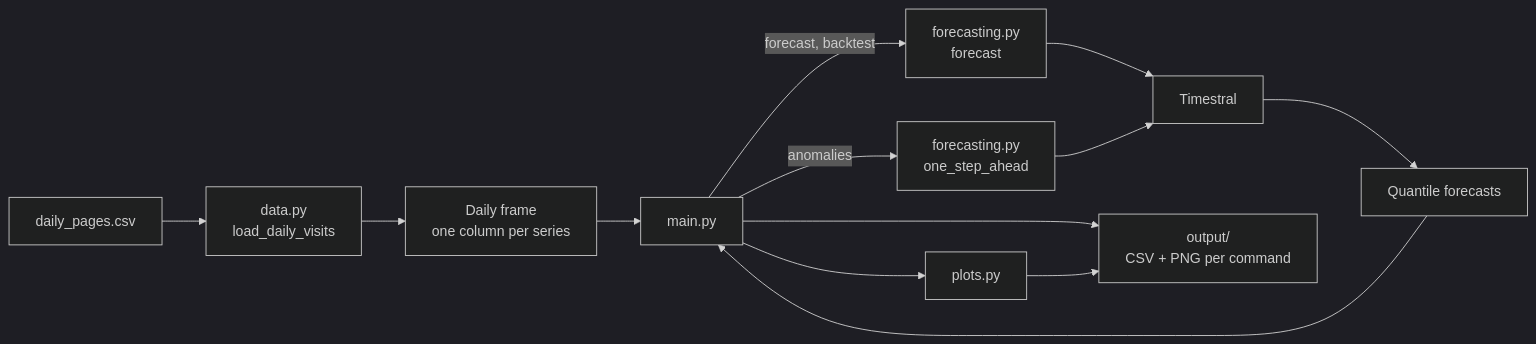
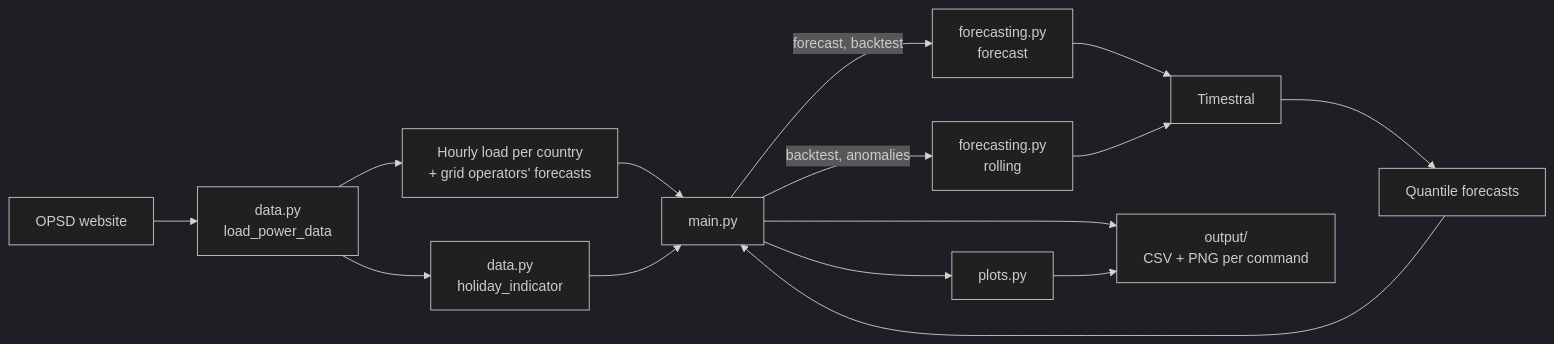
The first of 5 diagrams in README.md (mourjo/zero-shot-forecasting), drawn with Mermaid (dark theme) before and after one commit. The commit also changed other lines of this file, not shown here.

First line of the commit message:
Rewrite README for the OPSD dataset

````diff
--- a/README.md
+++ b/README.md
@@ -74,15 +131,17 @@
 ```mermaid
 flowchart LR
-    CSV["daily_pages.csv"] --> D["data.py<br/>load_daily_visits"]
-    D --> H["Daily frame<br/>one column per series"]
-    H --> M["main.py"]
+    W["OPSD website"] --> D["data.py<br/>load_power_data"]
+    D --> L["Hourly load per country<br/>+ grid operators' forecasts"]
+    D --> HI["data.py<br/>holiday_indicator"]
+    L --> M["main.py"]
+    HI --> M
     M -- "forecast, backtest" --> FC["forecasting.py<br/>forecast"]
-    M -- "anomalies" --> OS["forecasting.py<br/>one_step_ahead"]
+    M -- "backtest, anomalies" --> RO["forecasting.py<br/>rolling"]
     FC --> T["Timestral"]
-    OS --> T
+    RO --> T
     T --> Q["Quantile forecasts"]
     Q --> M
     M --> P["plots.py"]
     M --> O["output/<br/>CSV + PNG per command"]
     P --> O
 ```
````
